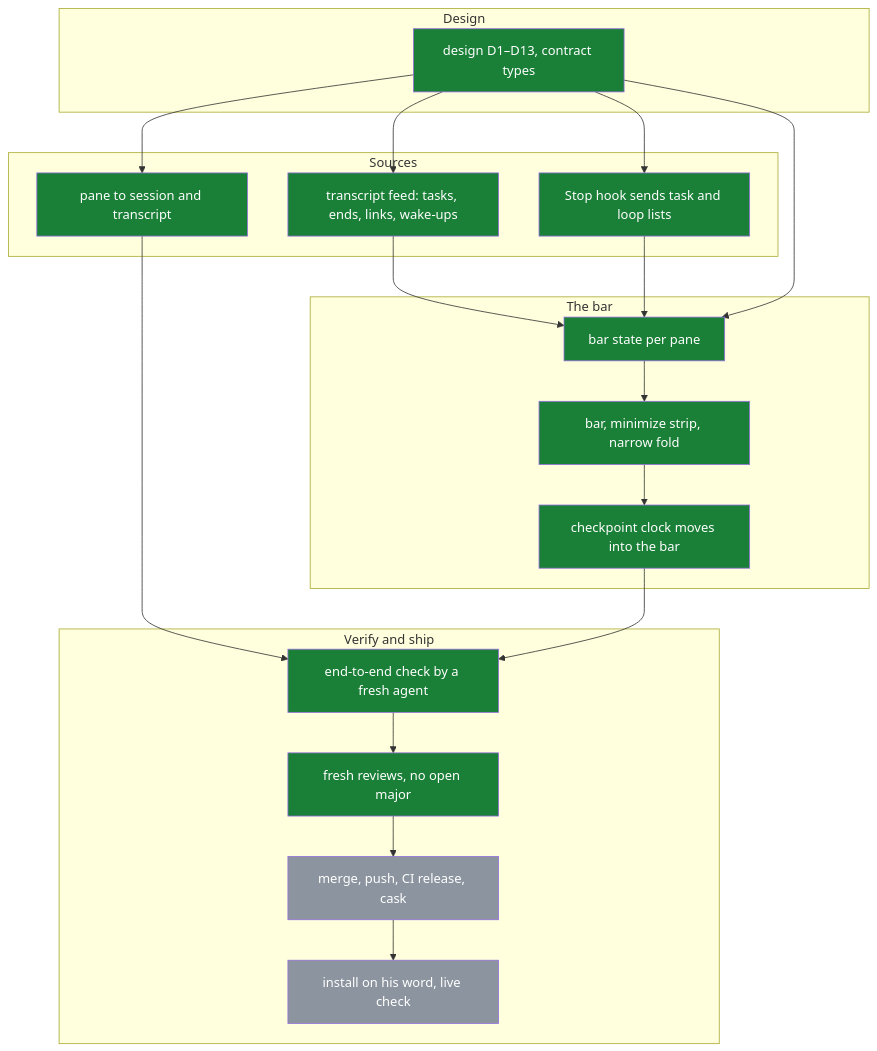
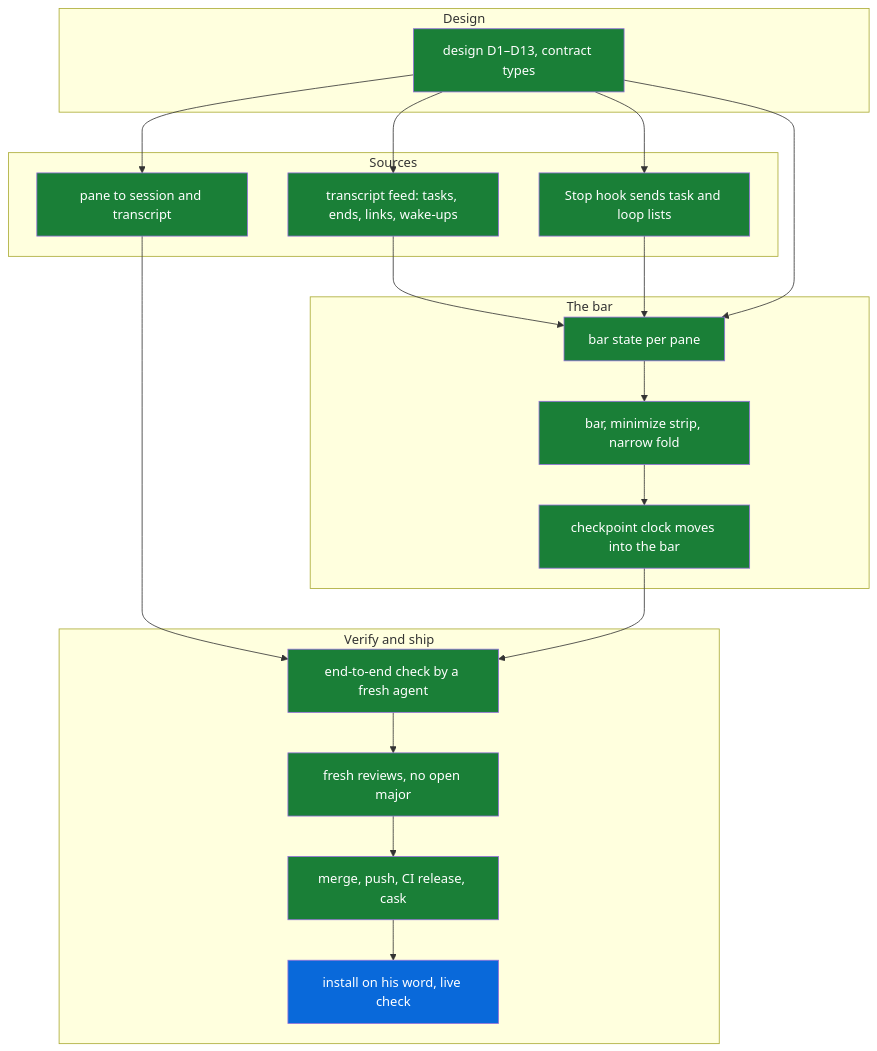
One commit to michaeljryoung/patton changed the diagram in docs/session-bar.md. Above: the diagram before and after it, drawn with Mermaid. The commit also changed other lines of this file, not shown here.

Commit message:
Session bar map: bar_release done (v1.35.0, v1.36.0, casks match), bar_ship live (S60) [no-release]

````diff
--- a/docs/session-bar.md
+++ b/docs/session-bar.md
@@ -10,41 +10,41 @@
 ```mermaid
 flowchart TD
   subgraph D["Design"]
     bar_design[design D1–D13, contract types]:::done
   end
   subgraph S["Sources"]
     session_link[pane to session and transcript]:::done
     transcript_feed[transcript feed: tasks, ends, links, wake-ups]:::done
     hook_lists[Stop hook sends task and loop lists]:::done
   end
   subgraph B["The bar"]
     bar_model[bar state per pane]:::done
     bar_ui[bar, minimize strip, narrow fold]:::done
     ckpt_move[checkpoint clock moves into the bar]:::done
   end
   subgraph V["Verify and ship"]
     bar_e2e[end-to-end check by a fresh agent]:::done
     bar_review[fresh reviews, no open major]:::done
-    bar_release[merge, push, CI release, cask]:::todo
-    bar_ship[install on his word, live check]:::todo
+    bar_release[merge, push, CI release, cask]:::done
+    bar_ship[install on his word, live check]:::live
   end
   bar_design --> session_link
   bar_design --> transcript_feed
   bar_design --> hook_lists
   bar_design --> bar_model
   session_link --> bar_e2e
   transcript_feed --> bar_model
   hook_lists --> bar_model
   bar_model --> bar_ui
   bar_ui --> ckpt_move
   ckpt_move --> bar_e2e
   bar_e2e --> bar_review
   bar_review --> bar_release
   bar_release --> bar_ship
   classDef done fill:#1a7f37,color:#fff
   classDef live fill:#0969da,color:#fff
   classDef todo fill:#8c959f,color:#fff
   classDef blocked fill:#cf222e,color:#fff
   classDef dropped fill:#eaeef2,color:#57606a
   classDef superseded fill:#eaeef2,color:#57606a
 ```
````
